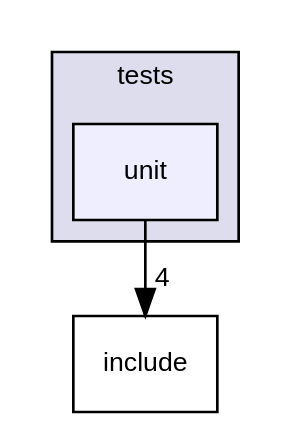
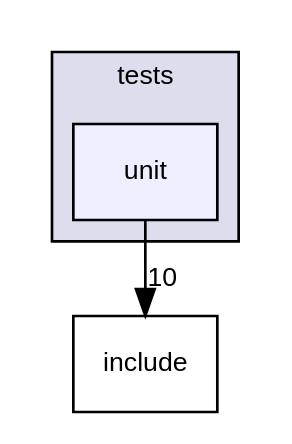
The diagram in dir_35da79734557ee91ec31d6196f63b455_dep.dot (UCL/TDMS), drawn with Graphviz before and after one commit. The commit also changed 173 other files, not shown here.

```diff
--- a/dir_35da79734557ee91ec31d6196f63b455_dep.dot
+++ b/dir_35da79734557ee91ec31d6196f63b455_dep.dot
@@ -1,11 +1,11 @@
 digraph "tdms/tests/unit" {
   compound=true
   node [ fontsize="10", fontname="Helvetica"];
   edge [ labelfontsize="10", labelfontname="Helvetica"];
   subgraph clusterdir_99e68cfdfe0514ef618d04f980ae72d7 {
     graph [ bgcolor="#ddddee", pencolor="black", label="tests" fontname="Helvetica", fontsize="10", URL="dir_99e68cfdfe0514ef618d04f980ae72d7.html"]
   dir_35da79734557ee91ec31d6196f63b455 [shape=box, label="unit", style="filled", fillcolor="#eeeeff", pencolor="black", URL="dir_35da79734557ee91ec31d6196f63b455.html"];
   }
   dir_31151eb6fe72a8c6f09675be35b4e99c [shape=box label="include" URL="dir_31151eb6fe72a8c6f09675be35b4e99c.html"];
-  dir_35da79734557ee91ec31d6196f63b455->dir_31151eb6fe72a8c6f09675be35b4e99c [headlabel="4", labeldistance=1.5 headhref="dir_000005_000002.html"];
+  dir_35da79734557ee91ec31d6196f63b455->dir_31151eb6fe72a8c6f09675be35b4e99c [headlabel="10", labeldistance=1.5 headhref="dir_000005_000002.html"];
 }
```
